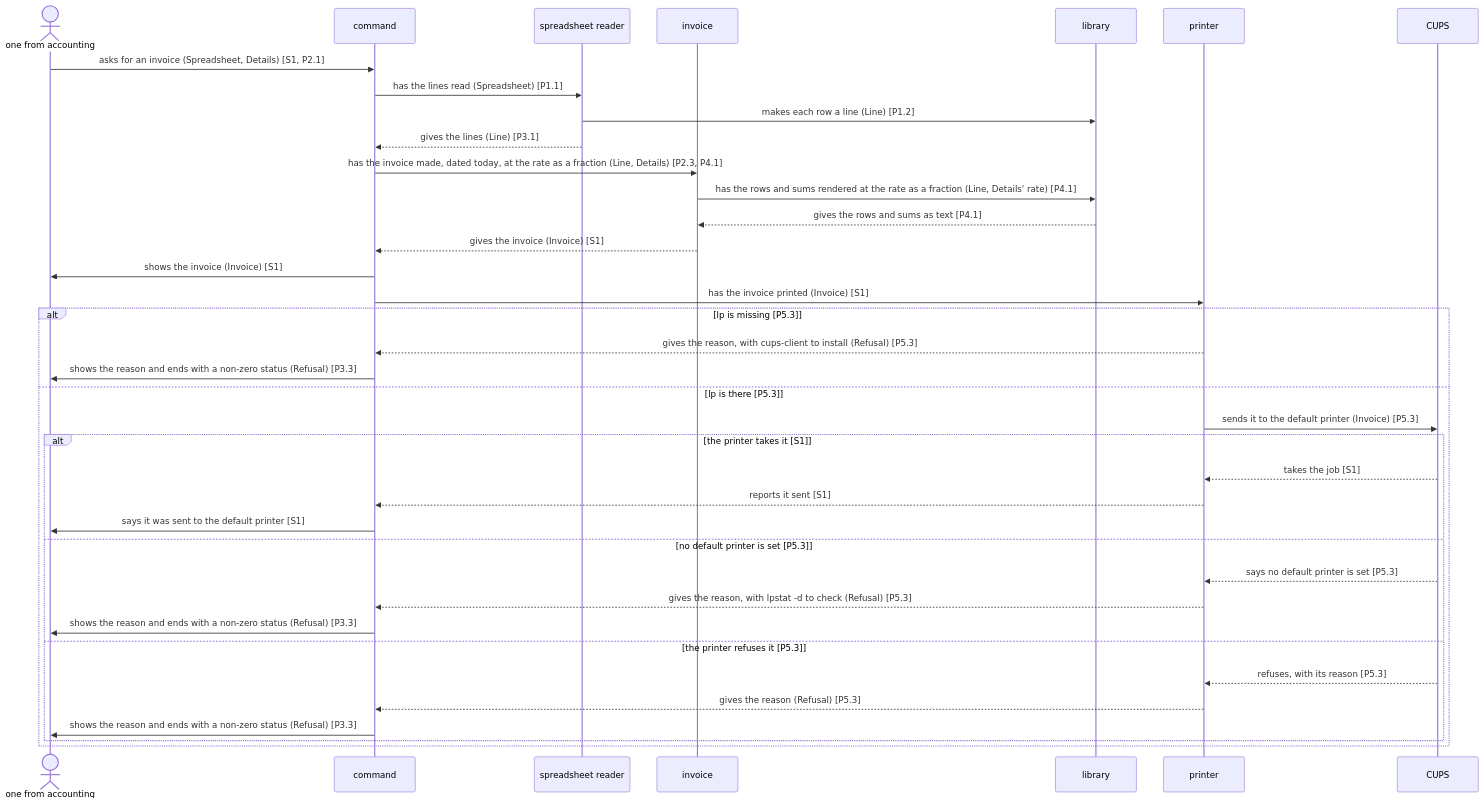
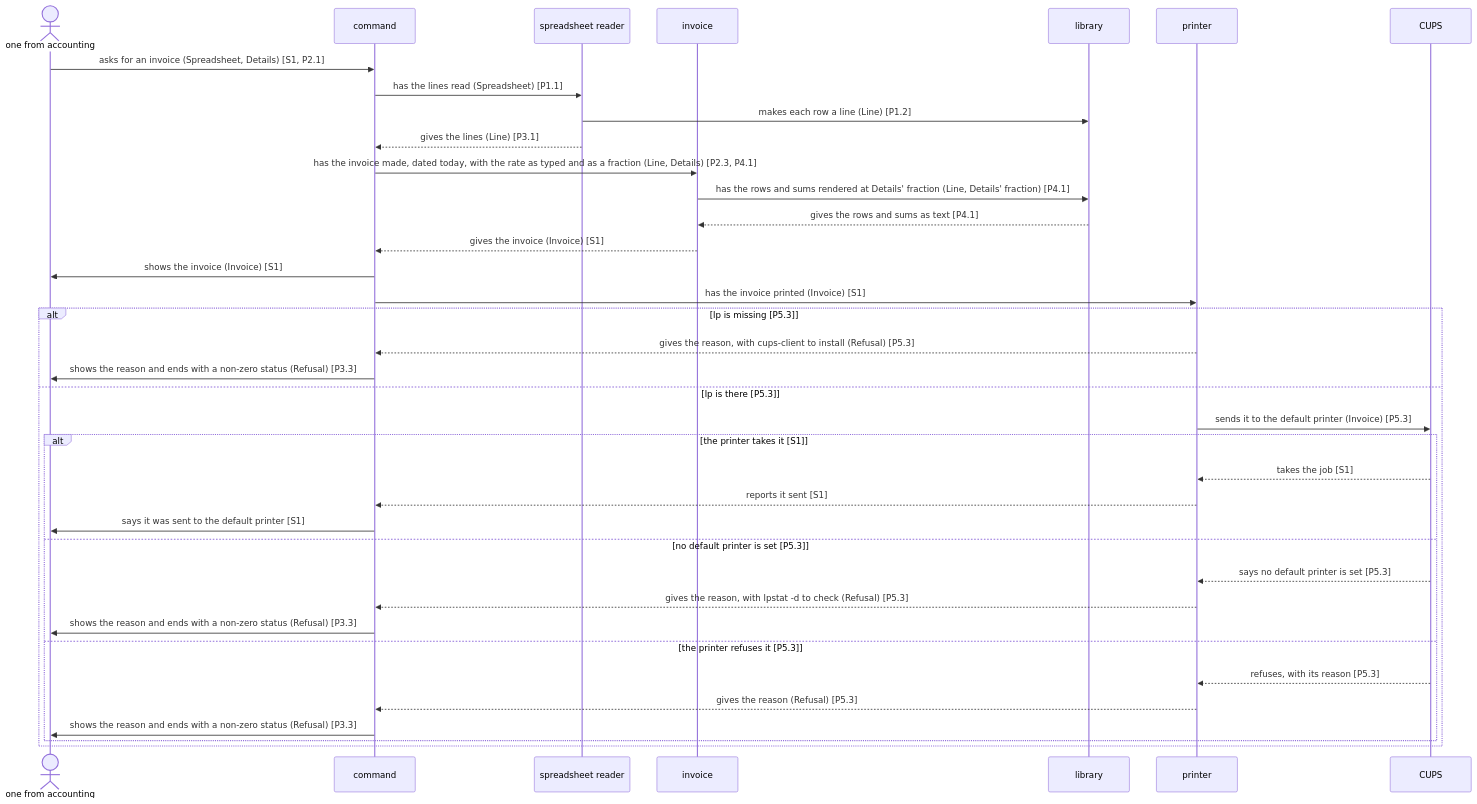
The first of 4 diagrams in docs/architecture.md (lovaizu/playground), drawn with Mermaid before and after one commit. The commit also changed other lines of this file and 1 other file, not shown here.

Commit message:
Architecture: the rate as typed and as a fraction, and the refusals' cases

````diff
--- a/docs/architecture.md
+++ b/docs/architecture.md
@@ -119,39 +123,39 @@
 ```mermaid
 sequenceDiagram
   actor U as one from accounting
   participant C as command
   participant R as spreadsheet reader
   participant I as invoice
   participant L as library
   participant P as printer
   participant Q as CUPS
   U->>C: asks for an invoice (Spreadsheet, Details) [S1, P2.1]
   C->>R: has the lines read (Spreadsheet) [P1.1]
   R->>L: makes each row a line (Line) [P1.2]
   R-->>C: gives the lines (Line) [P3.1]
-  C->>I: has the invoice made, dated today, at the rate as a fraction (Line, Details) [P2.3, P4.1]
-  I->>L: has the rows and sums rendered at the rate as a fraction (Line, Details' rate) [P4.1]
+  C->>I: has the invoice made, dated today, with the rate as typed and as a fraction (Line, Details) [P2.3, P4.1]
+  I->>L: has the rows and sums rendered at Details' fraction (Line, Details' fraction) [P4.1]
   L-->>I: gives the rows and sums as text [P4.1]
   I-->>C: gives the invoice (Invoice) [S1]
   C->>U: shows the invoice (Invoice) [S1]
   C->>P: has the invoice printed (Invoice) [S1]
   alt lp is missing [P5.3]
     P-->>C: gives the reason, with cups-client to install (Refusal) [P5.3]
     C->>U: shows the reason and ends with a non-zero status (Refusal) [P3.3]
   else lp is there [P5.3]
     P->>Q: sends it to the default printer (Invoice) [P5.3]
     alt the printer takes it [S1]
       Q-->>P: takes the job [S1]
       P-->>C: reports it sent [S1]
       C->>U: says it was sent to the default printer [S1]
     else no default printer is set [P5.3]
       Q-->>P: says no default printer is set [P5.3]
       P-->>C: gives the reason, with lpstat -d to check (Refusal) [P5.3]
       C->>U: shows the reason and ends with a non-zero status (Refusal) [P3.3]
     else the printer refuses it [P5.3]
       Q-->>P: refuses, with its reason [P5.3]
       P-->>C: gives the reason (Refusal) [P5.3]
       C->>U: shows the reason and ends with a non-zero status (Refusal) [P3.3]
     end
   end
 ```
````
